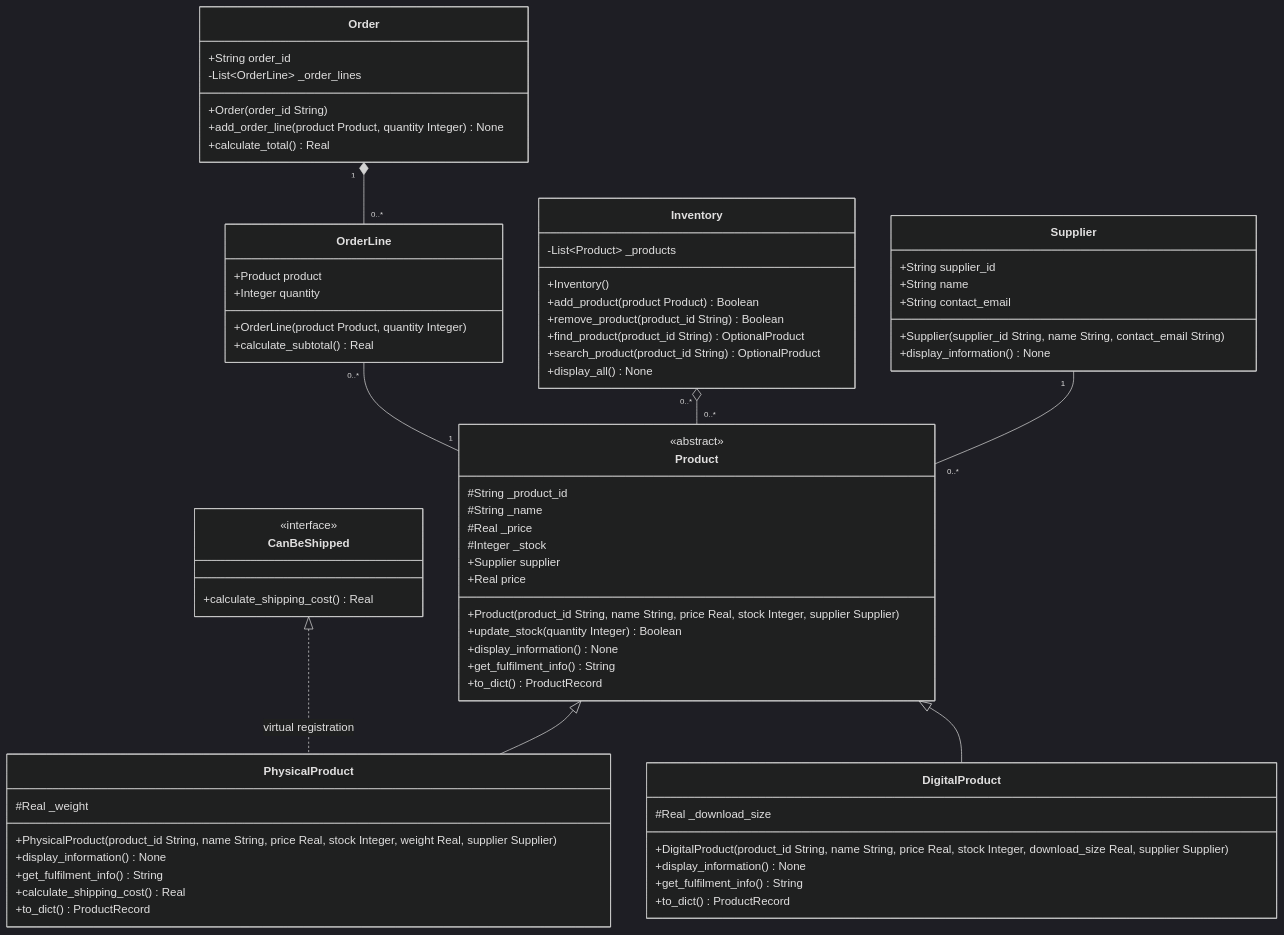
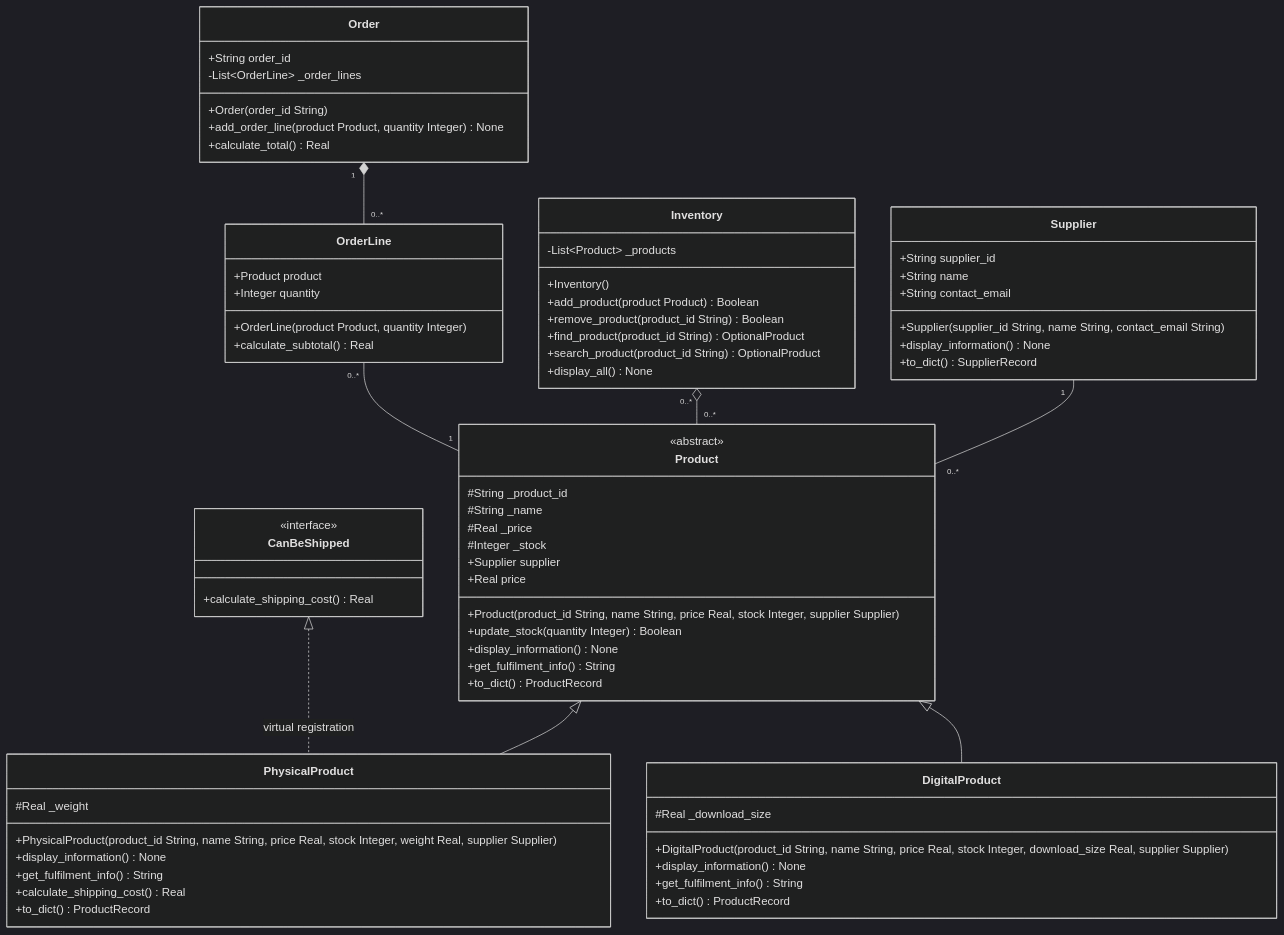
The diagram in Week8/Lab8_UML_Design.md (FoolishAmbition/inf1103-labs), drawn with Mermaid (dark theme) before and after one commit. The commit also changed other lines of this file and 8 other files, not shown here.

````diff
--- a/Week8/Lab8_UML_Design.md
+++ b/Week8/Lab8_UML_Design.md
@@ -20,72 +20,73 @@
 ```mermaid
 classDiagram
     class Product {
         <<abstract>>
         #String _product_id
         #String _name
         #Real _price
         #Integer _stock
         +Supplier supplier
         +Real price
         +Product(product_id String, name String, price Real, stock Integer, supplier Supplier)
         +update_stock(quantity Integer) Boolean
         +display_information() None
         +get_fulfilment_info() String
         +to_dict() ProductRecord
     }
     class PhysicalProduct {
         #Real _weight
         +PhysicalProduct(product_id String, name String, price Real, stock Integer, weight Real, supplier Supplier)
         +display_information() None
         +get_fulfilment_info() String
         +calculate_shipping_cost() Real
         +to_dict() ProductRecord
     }
     class DigitalProduct {
         #Real _download_size
         +DigitalProduct(product_id String, name String, price Real, stock Integer, download_size Real, supplier Supplier)
         +display_information() None
         +get_fulfilment_info() String
         +to_dict() ProductRecord
     }
     class CanBeShipped {
         <<interface>>
         +calculate_shipping_cost() Real
     }
     class Supplier {
         +String supplier_id
         +String name
         +String contact_email
         +Supplier(supplier_id String, name String, contact_email String)
         +display_information() None
+        +to_dict() SupplierRecord
     }
     class Inventory {
         -List~Product~ _products
         +Inventory()
         +add_product(product Product) Boolean
         +remove_product(product_id String) Boolean
         +find_product(product_id String) OptionalProduct
         +search_product(product_id String) OptionalProduct
         +display_all() None
     }
     class Order {
         +String order_id
         -List~OrderLine~ _order_lines
         +Order(order_id String)
         +add_order_line(product Product, quantity Integer) None
         +calculate_total() Real
     }
     class OrderLine {
         +Product product
         +Integer quantity
         +OrderLine(product Product, quantity Integer)
         +calculate_subtotal() Real
     }
     Product <|-- PhysicalProduct
     Product <|-- DigitalProduct
     CanBeShipped <|.. PhysicalProduct : virtual registration
     Supplier "1" -- "0..*" Product
     Inventory "0..*" o-- "0..*" Product
     Order "1" *-- "0..*" OrderLine
     OrderLine "0..*" -- "1" Product
 ```
````
